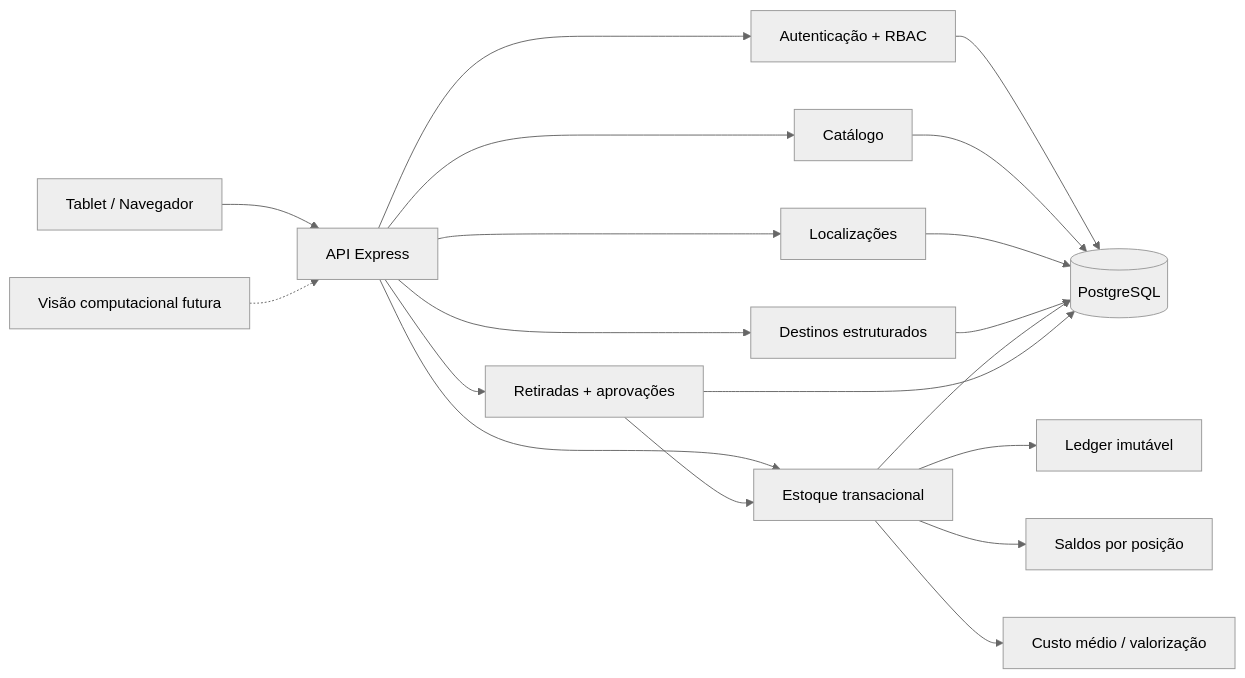
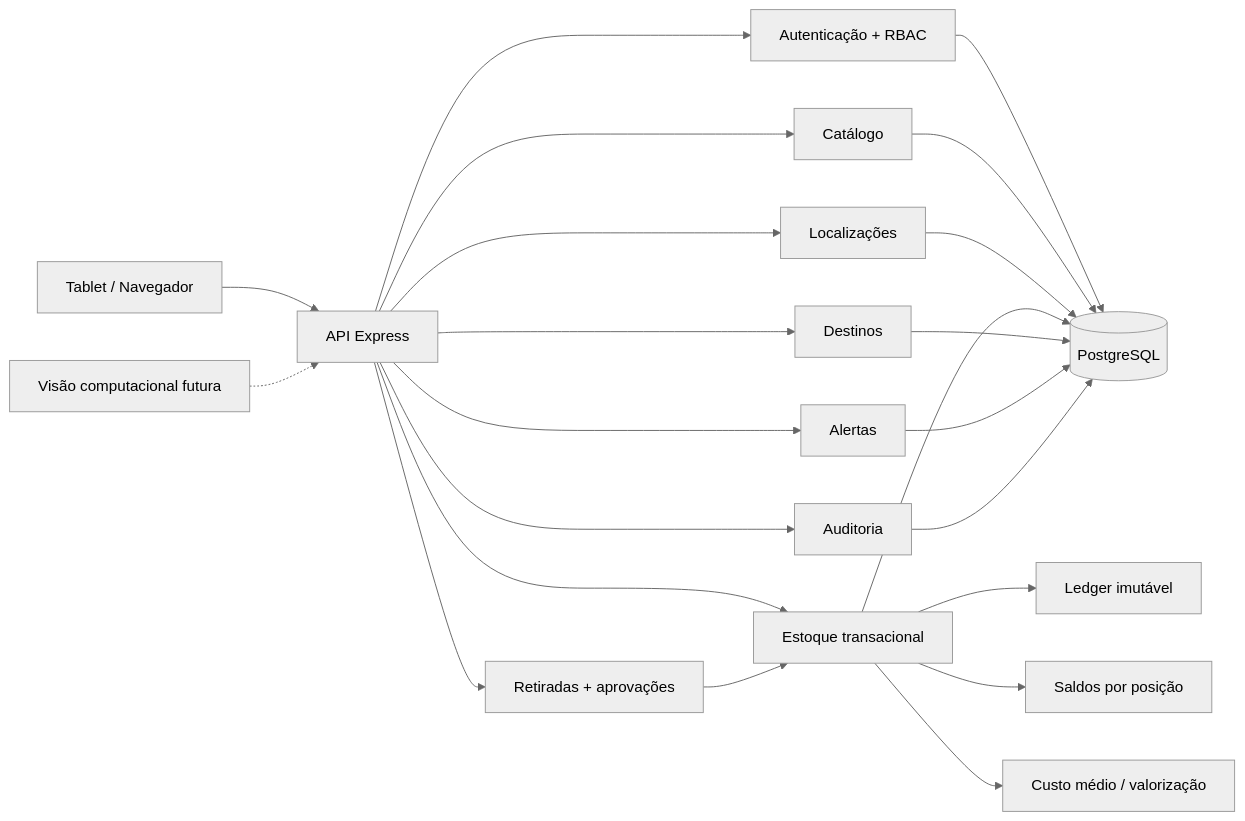
Before and after one commit to tombemol/A.L.M.A: the diagram in README.md, drawn with Mermaid (neutral theme). The commit also changed other lines of this file and 30 other files, not shown here.

First line of the commit message:
feat: concluir Fase 1E com alertas, auditoria e novo design system (#5)

````diff
--- a/README.md
+++ b/README.md
@@ -64,21 +77,24 @@
 ```mermaid
 flowchart LR
   T[Tablet / Navegador] --> API[API Express]
   API --> AUTH[Autenticação + RBAC]
   API --> CAT[Catálogo]
   API --> LOC[Localizações]
   API --> INV[Estoque transacional]
-  API --> DEST[Destinos estruturados]
+  API --> DEST[Destinos]
   API --> WD[Retiradas + aprovações]
+  API --> ALT[Alertas]
+  API --> AUD[Auditoria]
   AUTH --> DB[(PostgreSQL)]
   CAT --> DB
   LOC --> DB
+  INV --> DB
   DEST --> DB
-  INV --> DB
-  WD --> DB
   WD --> INV
+  ALT --> DB
+  AUD --> DB
   INV --> LEDGER[Ledger imutável]
   INV --> BAL[Saldos por posição]
   INV --> VAL[Custo médio / valorização]
   V[Visão computacional futura] -.-> API
 ```
````
